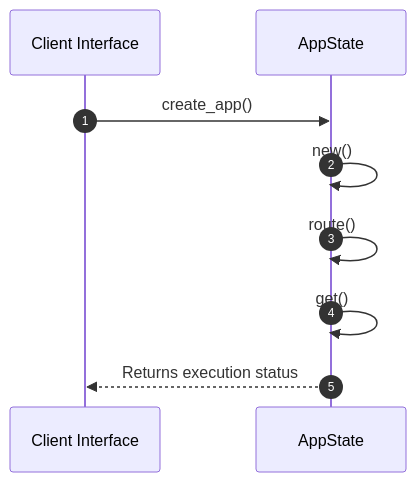
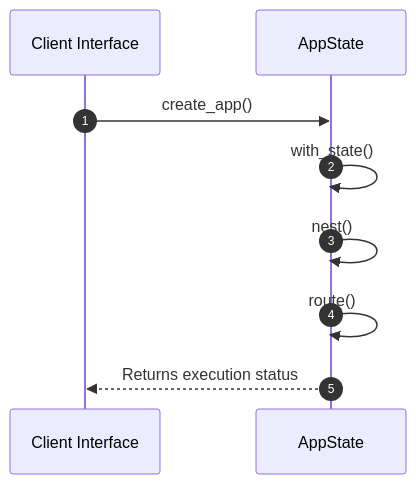
One commit to lgcorzo/fastapi-autogen-team changed the second of 2 diagrams in openwiki/modules/src/interface/http/routes.md. Above: the diagram before and after it, drawn with Mermaid. The commit also changed other lines of this file and 33 other files, not shown here.

Commit message:
Fix PlantUML syntax, missing diagrams, and link formatting in doc generator

````diff
--- a/openwiki/modules/src/interface/http/routes.md
+++ b/openwiki/modules/src/interface/http/routes.md
@@ -40,11 +43,11 @@
 ```mermaid
 sequenceDiagram
     autonumber
     participant Caller as Client Interface
     participant Svc as AppState
     Caller->>Svc: create_app()
-    Svc->>Svc: new()
+    Svc->>Svc: with_state()
+    Svc->>Svc: nest()
     Svc->>Svc: route()
-    Svc->>Svc: get()
     Svc-->>Caller: Returns execution status
 ```
````
